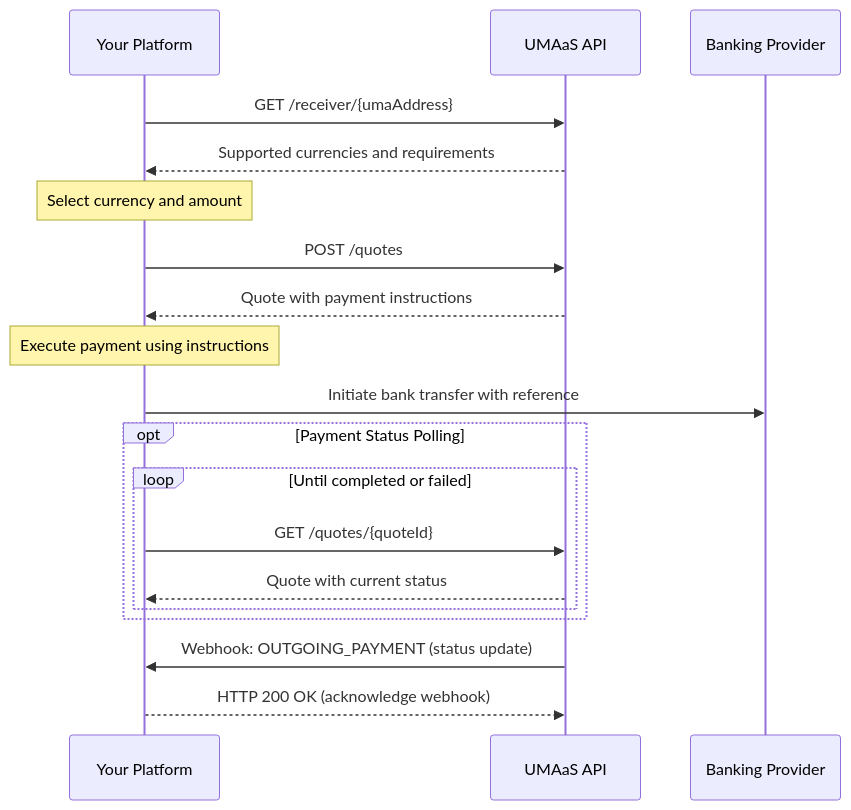
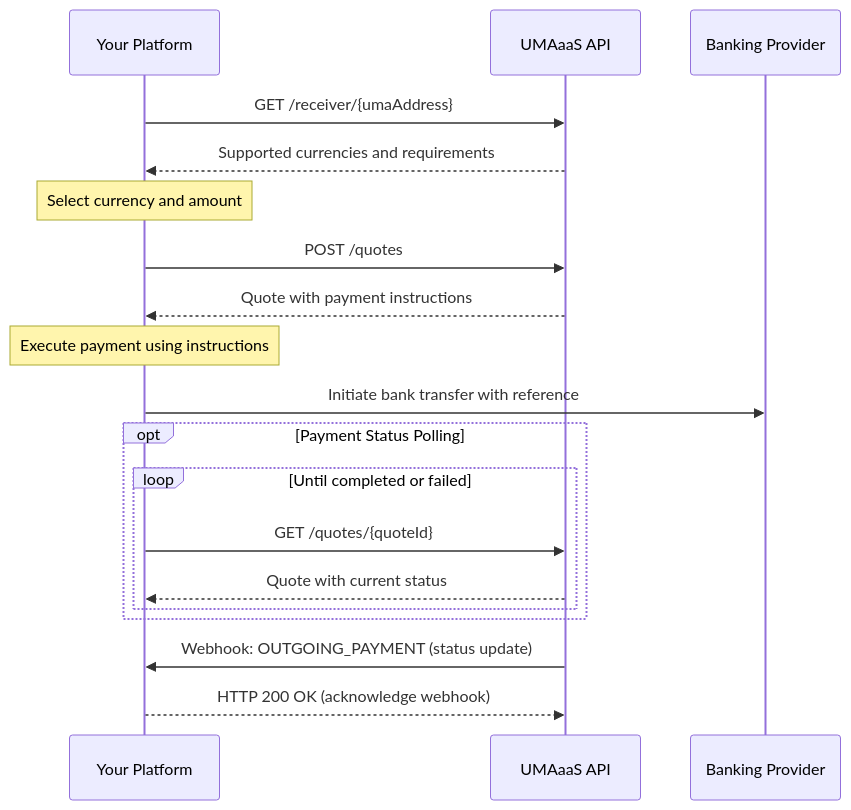
Before and after one commit to lightsparkdev/umaaas-api: the diagram in docs/guides/sending-payments.md, drawn with Mermaid. The commit also changed other lines of this file and 12 other files, not shown here.

````diff
--- a/docs/guides/sending-payments.md
+++ b/docs/guides/sending-payments.md
@@ -9,24 +9,24 @@
 ```mermaid
 sequenceDiagram
     participant Client as Your Platform
-    participant UMAaS as UMAaS API
+    participant UMAaaS as UMAaaS API
     participant Bank as Banking Provider
     
-    Client->>UMAaS: GET /receiver/{umaAddress}
-    UMAaS-->>Client: Supported currencies and requirements
+    Client->>UMAaaS: GET /receiver/{umaAddress}
+    UMAaaS-->>Client: Supported currencies and requirements
     Note over Client: Select currency and amount
-    Client->>UMAaS: POST /quotes
-    UMAaS-->>Client: Quote with payment instructions
+    Client->>UMAaaS: POST /quotes
+    UMAaaS-->>Client: Quote with payment instructions
     Note over Client: Execute payment using instructions
     Client->>Bank: Initiate bank transfer with reference
     
     opt Payment Status Polling
         loop Until completed or failed
-            Client->>UMAaS: GET /quotes/{quoteId}
-            UMAaS-->>Client: Quote with current status
+            Client->>UMAaaS: GET /quotes/{quoteId}
+            UMAaaS-->>Client: Quote with current status
         end
     end
     
-    UMAaS->>Client: Webhook: OUTGOING_PAYMENT (status update)
-    Client-->>UMAaS: HTTP 200 OK (acknowledge webhook)
+    UMAaaS->>Client: Webhook: OUTGOING_PAYMENT (status update)
+    Client-->>UMAaaS: HTTP 200 OK (acknowledge webhook)
 ```
````
